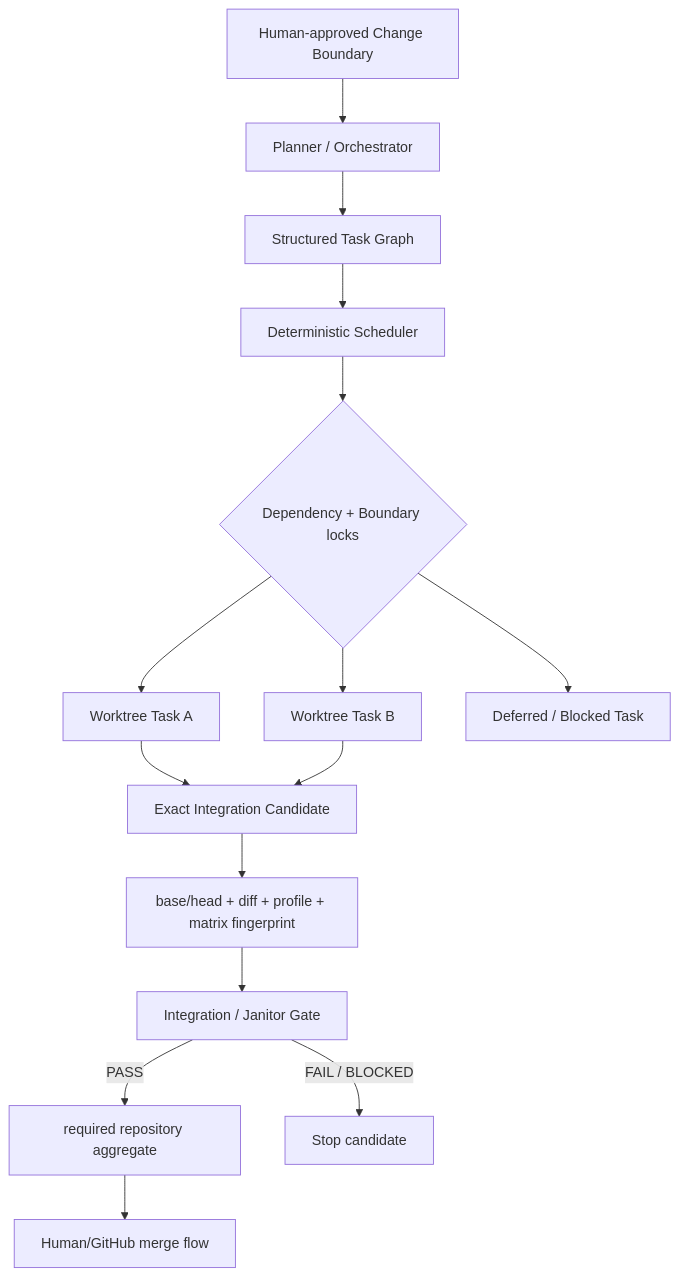
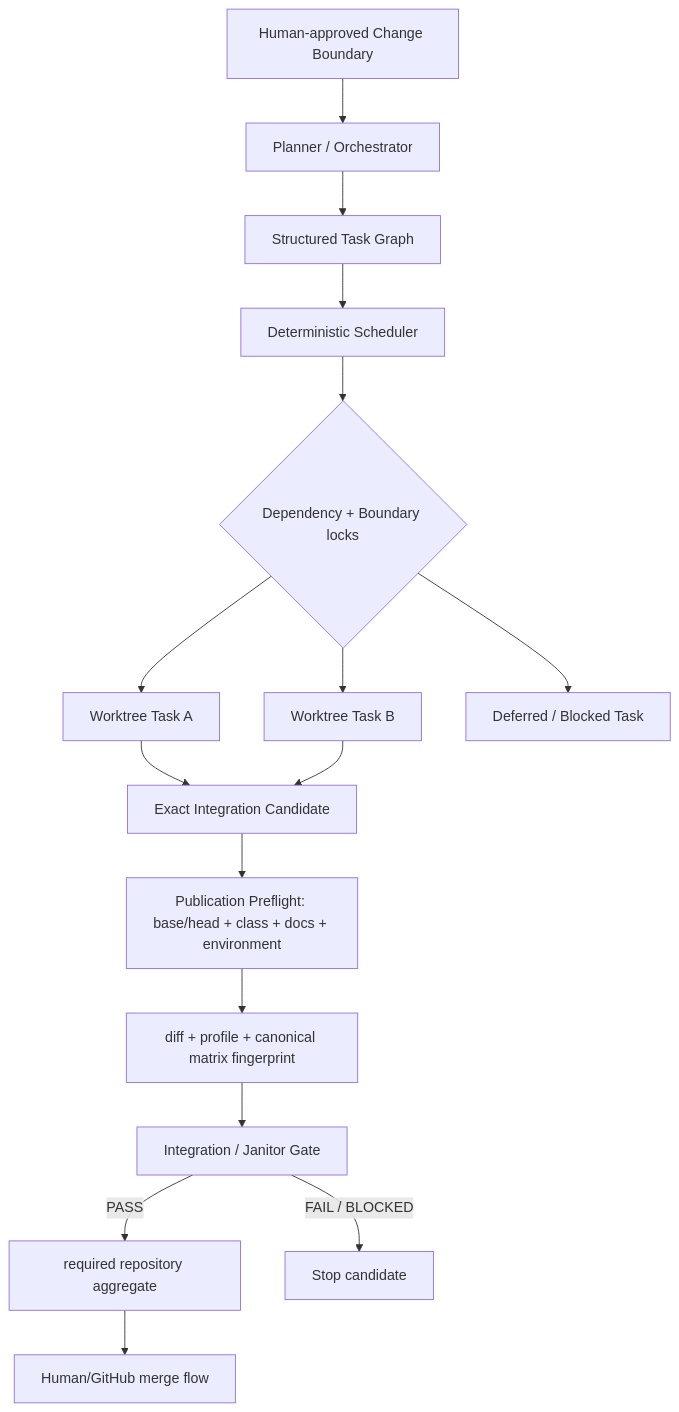
Before and after one commit to LucasLu3918/ai-product-system: diagram 30 of 36 in docs/ARCHITECTURE.md, drawn with Mermaid. The commit also changed other lines of this file and 42 other files, not shown here.

Commit message:
feat: add CI-parity publication preflight (#155)

```diff
--- a/docs/ARCHITECTURE.md
+++ b/docs/ARCHITECTURE.md
@@ -692,17 +692,18 @@
 ~~~mermaid
 flowchart TD
     H[Human-approved Change Boundary] --> P[Planner / Orchestrator]
     P --> TG[Structured Task Graph]
     TG --> DS[Deterministic Scheduler]
     DS --> L{Dependency + Boundary locks}
     L --> A[Worktree Task A]
     L --> B[Worktree Task B]
     L --> C[Deferred / Blocked Task]
     A --> IC[Exact Integration Candidate]
     B --> IC
-    IC --> FP[base/head + diff + profile + matrix fingerprint]
+    IC --> PP[Publication Preflight: base/head + class + docs + environment]
+    PP --> FP[diff + profile + canonical matrix fingerprint]
     FP --> J[Integration / Janitor Gate]
     J -->|PASS| R[required repository aggregate]
     J -->|FAIL / BLOCKED| S[Stop candidate]
     R --> M[Human/GitHub merge flow]
 ~~~
```
